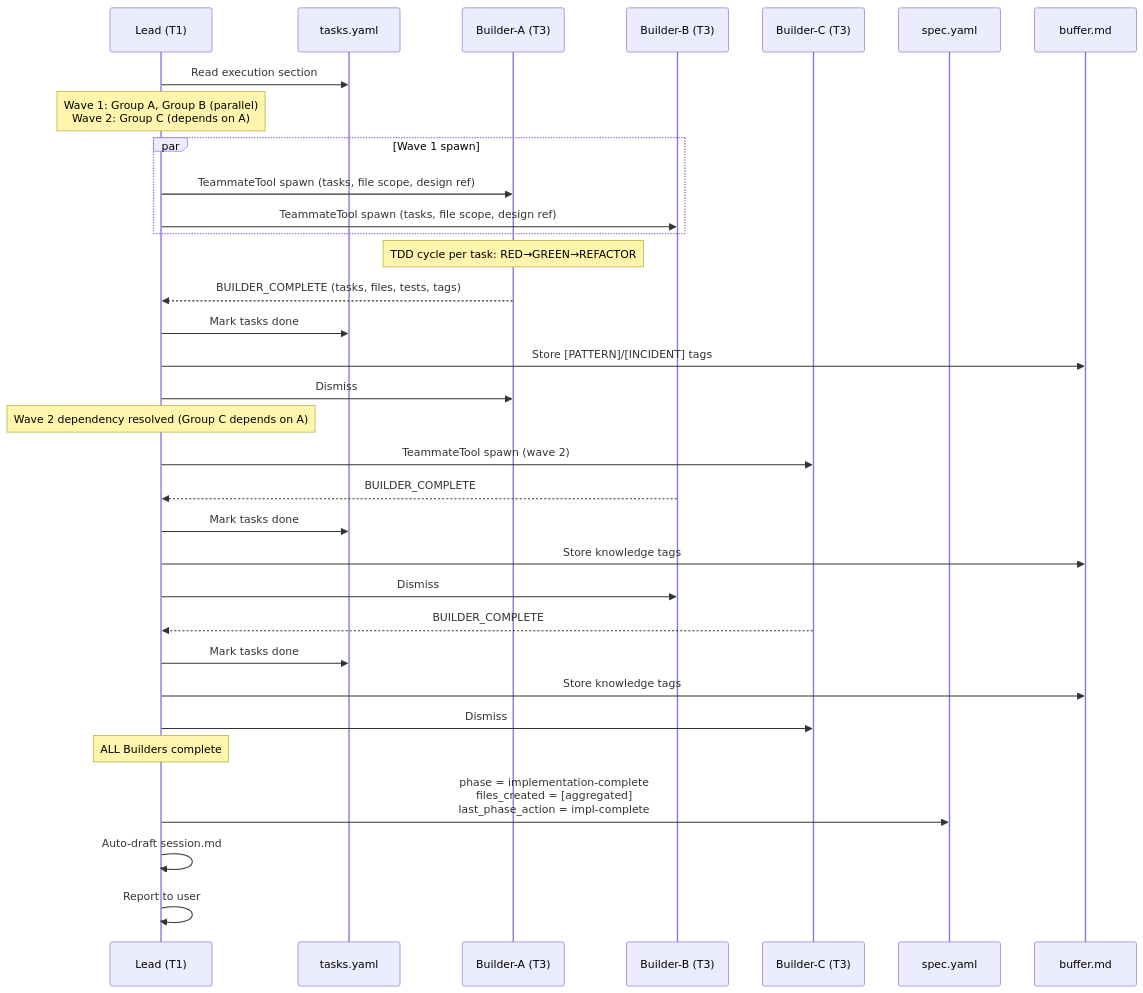
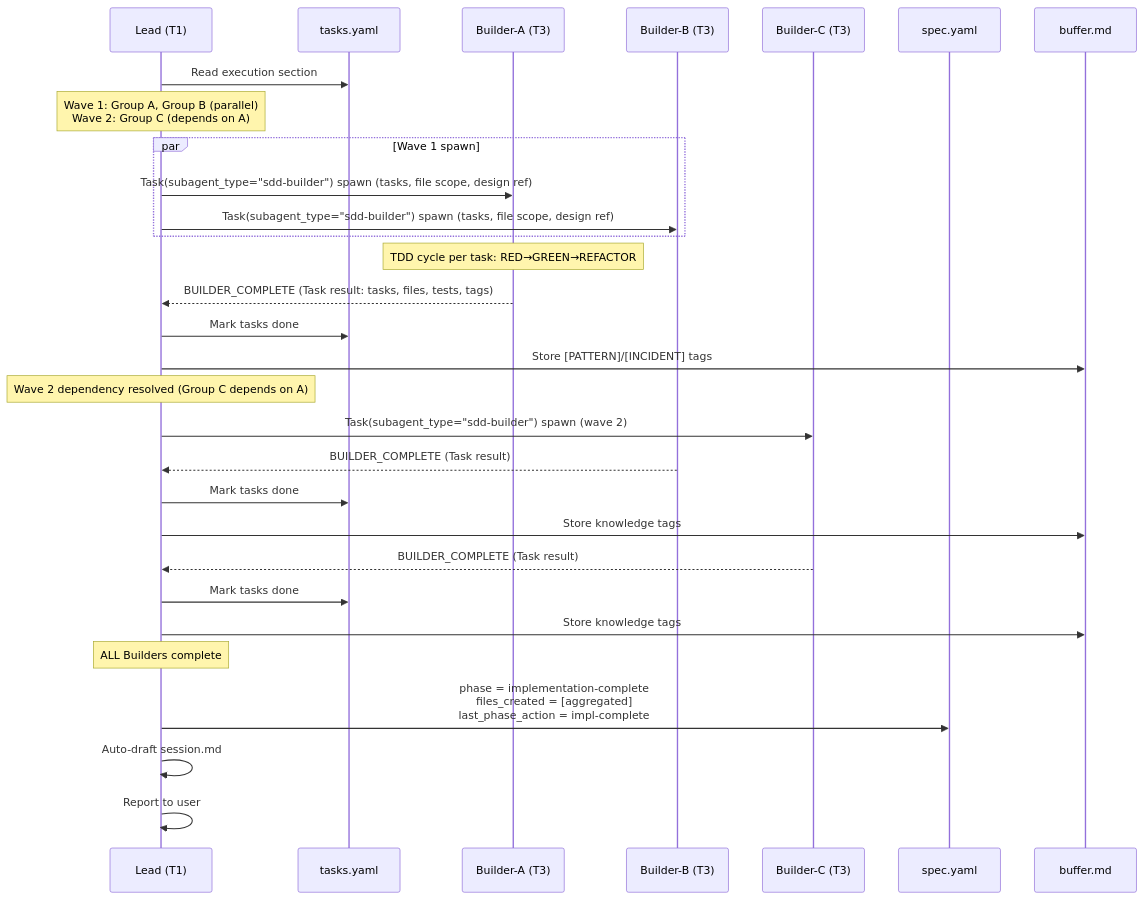
One commit to sync-dev-org/sync-sdd changed the first of 3 diagrams in .claude/sdd/project/specs/tdd-execution/design.md. Above: the diagram before and after it, drawn with Mermaid. The commit also changed other lines of this file and 45 other files, not shown here.

First line of the commit message:
Migrate from Agent Teams to SubAgent architecture

````diff
--- a/.claude/sdd/project/specs/tdd-execution/design.md
+++ b/.claude/sdd/project/specs/tdd-execution/design.md
@@ -128,43 +128,40 @@
 ```mermaid
 sequenceDiagram
     participant L as Lead (T1)
     participant TY as tasks.yaml
     participant B1 as Builder-A (T3)
     participant B2 as Builder-B (T3)
     participant B3 as Builder-C (T3)
     participant SY as spec.yaml
     participant BF as buffer.md
 
     L->>TY: Read execution section
     Note over L: Wave 1: Group A, Group B (parallel)<br/>Wave 2: Group C (depends on A)
 
     par Wave 1 spawn
-        L->>B1: TeammateTool spawn (tasks, file scope, design ref)
-        L->>B2: TeammateTool spawn (tasks, file scope, design ref)
+        L->>B1: Task(subagent_type="sdd-builder") spawn (tasks, file scope, design ref)
+        L->>B2: Task(subagent_type="sdd-builder") spawn (tasks, file scope, design ref)
     end
 
     Note over B1: TDD cycle per task: RED→GREEN→REFACTOR
 
-    B1-->>L: BUILDER_COMPLETE (tasks, files, tests, tags)
+    B1-->>L: BUILDER_COMPLETE (Task result: tasks, files, tests, tags)
     L->>TY: Mark tasks done
     L->>BF: Store [PATTERN]/[INCIDENT] tags
-    L->>B1: Dismiss
 
     Note over L: Wave 2 dependency resolved (Group C depends on A)
-    L->>B3: TeammateTool spawn (wave 2)
+    L->>B3: Task(subagent_type="sdd-builder") spawn (wave 2)
 
-    B2-->>L: BUILDER_COMPLETE
+    B2-->>L: BUILDER_COMPLETE (Task result)
     L->>TY: Mark tasks done
     L->>BF: Store knowledge tags
-    L->>B2: Dismiss
 
-    B3-->>L: BUILDER_COMPLETE
+    B3-->>L: BUILDER_COMPLETE (Task result)
     L->>TY: Mark tasks done
     L->>BF: Store knowledge tags
-    L->>B3: Dismiss
 
     Note over L: ALL Builders complete
     L->>SY: phase = implementation-complete<br/>files_created = [aggregated]<br/>last_phase_action = impl-complete
     L->>L: Auto-draft session.md
     L->>L: Report to user
 ```
````
